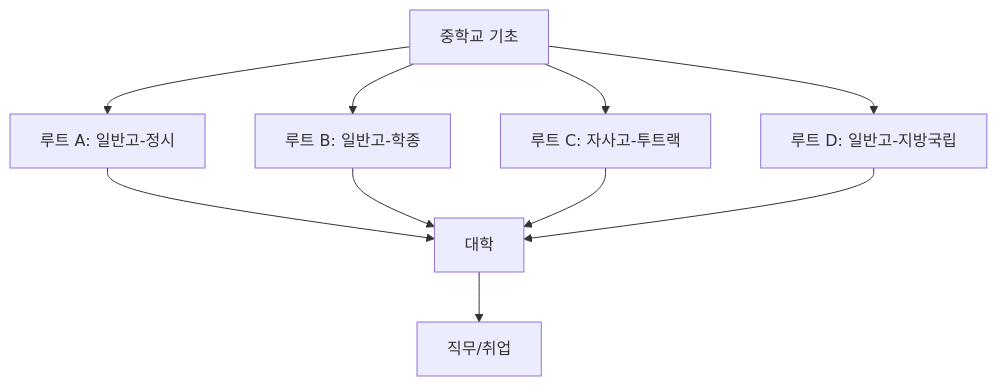
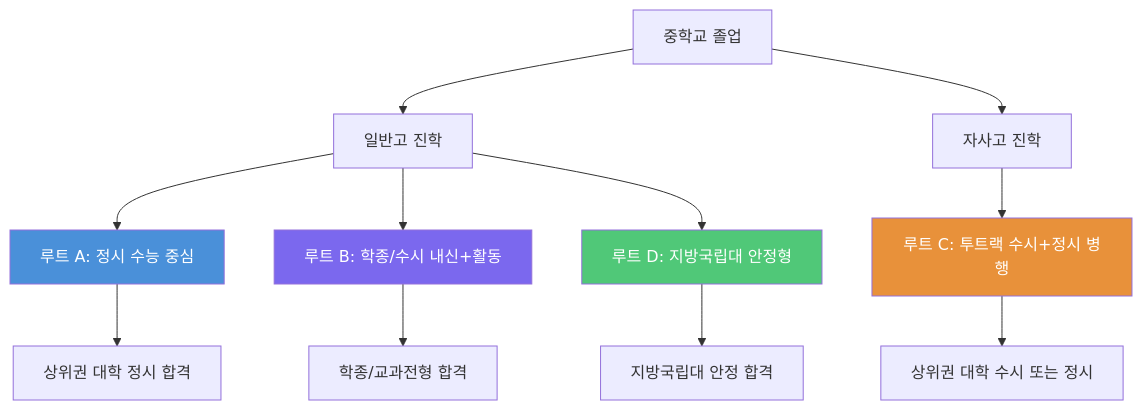
One commit to Collegenie-X/AI-career-path changed the first of 14 diagrams in frontend/public/resource-hub/admission_strategy_general_route_map.md. Above: the diagram before and after it, drawn with Mermaid. The commit also changed other lines of this file and 63 other files, not shown here.

````diff
--- a/frontend/public/resource-hub/admission_strategy_general_route_map.md
+++ b/frontend/public/resource-hub/admission_strategy_general_route_map.md
@@ -7,12 +10,21 @@
 ```mermaid
 flowchart TD
-  M[중학교 기초] --> A[루트 A: 일반고-정시]
-  M --> B[루트 B: 일반고-학종]
-  M --> C[루트 C: 자사고-투트랙]
-  M --> D[루트 D: 일반고-지방국립]
-  A --> U[대학]
-  B --> U
-  C --> U
-  D --> U
-  U --> J[직무/취업]
+    M[중학교 졸업] --> G1[일반고 진학]
+    M --> G2[자사고 진학]
+
+    G1 --> RA[루트 A: 정시 수능 중심]
+    G1 --> RB[루트 B: 학종/수시 내신+활동]
+    G1 --> RD[루트 D: 지방국립대 안정형]
+
+    G2 --> RC[루트 C: 투트랙 수시+정시 병행]
+
+    RA --> U1[상위권 대학 정시 합격]
+    RB --> U2[학종/교과전형 합격]
+    RC --> U3[상위권 대학 수시 또는 정시]
+    RD --> U4[지방국립대 안정 합격]
+
+    style RA fill:#4A90D9,color:#fff
+    style RB fill:#7B68EE,color:#fff
+    style RC fill:#E8913A,color:#fff
+    style RD fill:#50C878,color:#fff
 ```
````
